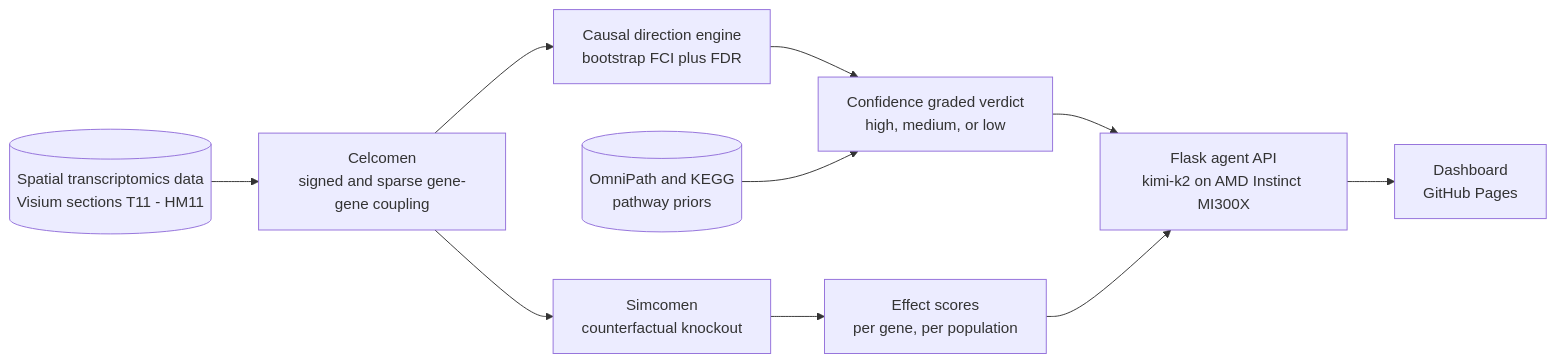
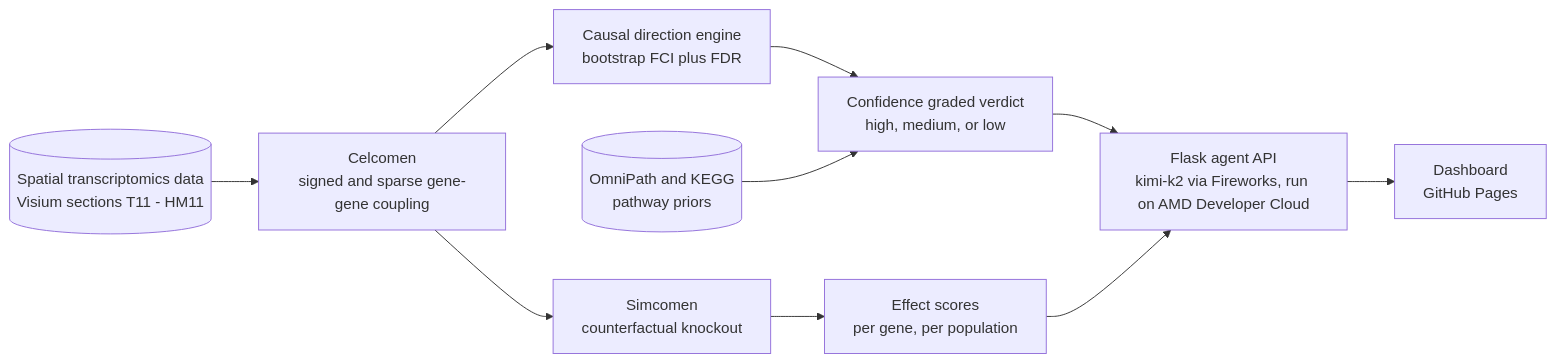
Before and after one commit to programmereua/PerTurbo: the diagram in README.md, drawn with Mermaid. The commit also changed other lines of this file, not shown here.

````diff
--- a/README.md
+++ b/README.md
@@ -34,12 +34,12 @@
 ```mermaid
 flowchart LR
   D[("Spatial transcriptomics data<br/>Visium sections T11 - HM11")] --> C
   C["Celcomen<br/>signed and sparse gene-gene coupling"] --> S
   S["Simcomen<br/>counterfactual knockout"] --> E["Effect scores<br/>per gene, per population"]
   C --> F
   F["Causal direction engine<br/>bootstrap FCI plus FDR"] --> V
   P[("OmniPath and KEGG<br/>pathway priors")] --> V
   V["Confidence graded verdict<br/>high, medium, or low"] --> A
   E --> A
-  A["Flask agent API<br/>kimi-k2 on AMD Instinct MI300X"] --> UI["Dashboard<br/>GitHub Pages"]
+  A["Flask agent API<br/>kimi-k2 via Fireworks, run on AMD Developer Cloud"] --> UI["Dashboard<br/>GitHub Pages"]
 ```
````
